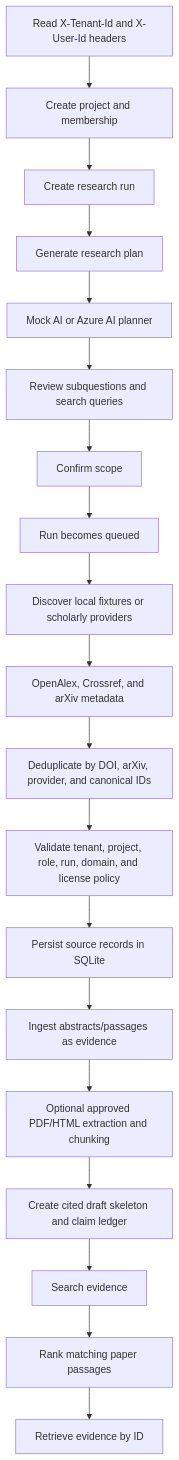
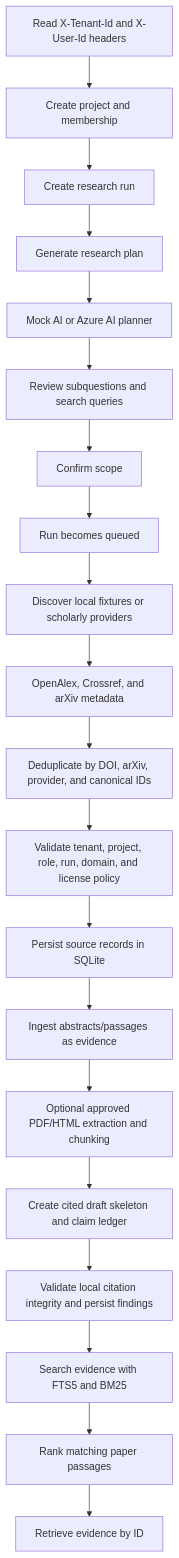
One commit to taza1/regula changed the diagram in research_system/PROJECT_FLOW.md. Above: the diagram before and after it, drawn with Mermaid. The commit also changed other lines of this file and 8 other files, not shown here.

Commit message:
Add local citation integrity validation

````diff
--- a/research_system/PROJECT_FLOW.md
+++ b/research_system/PROJECT_FLOW.md
@@ -5,21 +5,22 @@
 ```mermaid
 flowchart TD
     A[Read X-Tenant-Id and X-User-Id headers] --> B[Create project and membership]
     B --> C[Create research run]
     C --> D[Generate research plan]
     D --> E[Mock AI or Azure AI planner]
     E --> F[Review subquestions and search queries]
     F --> G[Confirm scope]
     G --> H[Run becomes queued]
     H --> I[Discover local fixtures or scholarly providers]
     I --> I2[OpenAlex, Crossref, and arXiv metadata]
     I2 --> I3[Deduplicate by DOI, arXiv, provider, and canonical IDs]
     I3 --> J[Validate tenant, project, role, run, domain, and license policy]
     J --> K[Persist source records in SQLite]
     K --> L[Ingest abstracts/passages as evidence]
     L --> L2[Optional approved PDF/HTML extraction and chunking]
     L2 --> M[Create cited draft skeleton and claim ledger]
-    M --> N[Search evidence]
+    M --> M2[Validate local citation integrity and persist findings]
+    M2 --> N[Search evidence with FTS5 and BM25]
     N --> O[Rank matching paper passages]
     O --> P[Retrieve evidence by ID]
 ```
````
